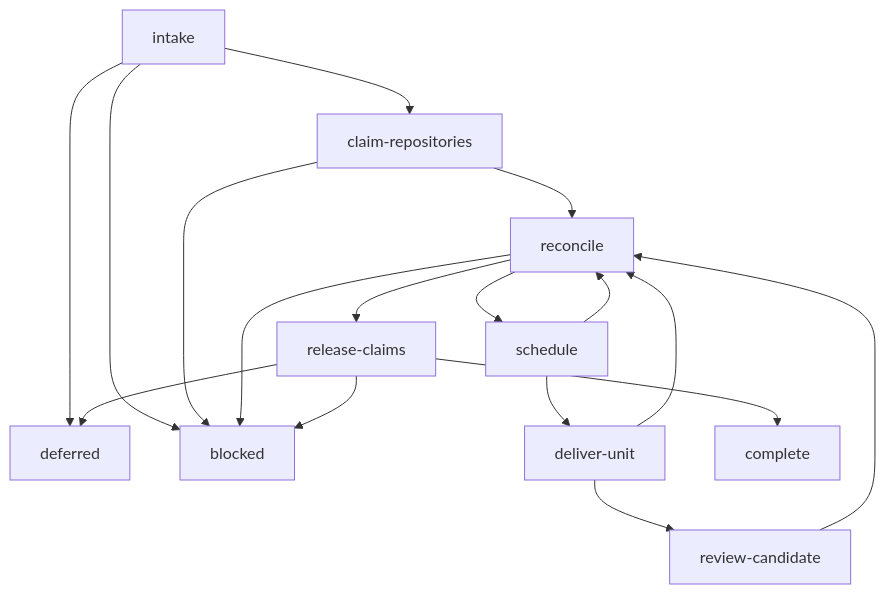
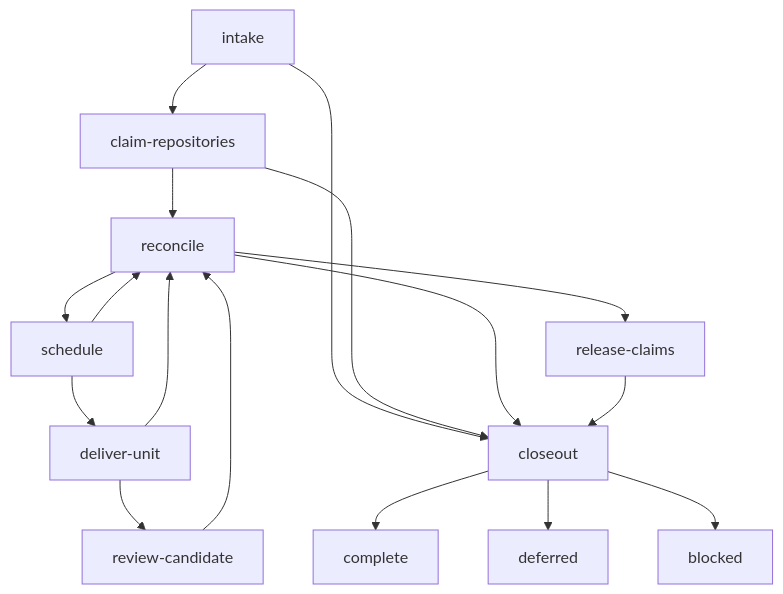
Before and after one commit to alemar11/skills: the diagram in plugins/se/skills/deliver-features/SKILL.md, drawn with Mermaid. The commit also changed other lines of this file and 16 other files, not shown here.

```diff
--- a/plugins/se/skills/deliver-features/SKILL.md
+++ b/plugins/se/skills/deliver-features/SKILL.md
@@ -69,19 +73,19 @@
 ~~~mermaid
 flowchart TD
     intake --> claim-repositories
-    intake --> deferred
-    intake --> blocked
+    intake --> closeout
     claim-repositories --> reconcile
-    claim-repositories --> blocked
+    claim-repositories --> closeout
     reconcile --> schedule
     reconcile --> release-claims
-    reconcile --> blocked
+    reconcile --> closeout
     schedule --> deliver-unit
     schedule --> reconcile
     deliver-unit --> review-candidate
     deliver-unit --> reconcile
     review-candidate --> reconcile
-    release-claims --> complete
-    release-claims --> deferred
-    release-claims --> blocked
+    release-claims --> closeout
+    closeout --> complete
+    closeout --> deferred
+    closeout --> blocked
 ~~~
```
